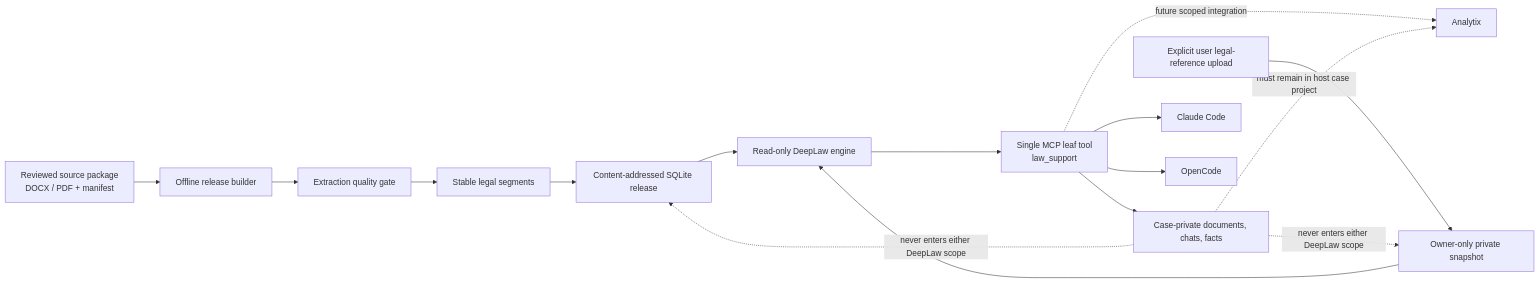
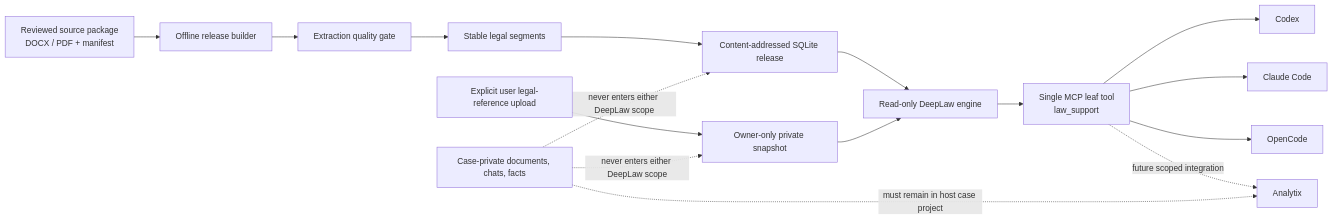
The diagram in docs/ARCHITECTURE.md (Eysn0130/DeepLaw), drawn with Mermaid before and after one commit. The commit also changed other lines of this file and 62 other files, not shown here.

Commit message:
feat(core): ship DeepLaw 2.0 evidence engine (#3)

````diff
--- a/docs/ARCHITECTURE.md
+++ b/docs/ARCHITECTURE.md
@@ -94,19 +94,19 @@
 ```mermaid
 flowchart LR
     S["Reviewed source package\nDOCX / PDF + manifest"] --> B["Offline release builder"]
     B --> Q["Extraction quality gate"]
     Q --> G["Stable legal segments"]
     G --> R["Content-addressed SQLite release"]
     R --> E["Read-only DeepLaw engine"]
     U["Explicit user legal-reference upload"] --> P["Owner-only private snapshot"]
     P --> E
     E --> M["Single MCP leaf tool\nlaw_support"]
-    M --> C["Codex"]
+    M --> CX["Codex"]
     M --> H["Claude Code"]
     M --> O["OpenCode"]
     M -. "future scoped integration" .-> A["Analytix"]
 
-    C["Case-private documents, chats, facts"] -. "must remain in host case project" .-> A
-    C -. "never enters either DeepLaw scope" .-> R
-    C -. "never enters either DeepLaw scope" .-> P
+    CASE["Case-private documents, chats, facts"] -. "must remain in host case project" .-> A
+    CASE -. "never enters either DeepLaw scope" .-> R
+    CASE -. "never enters either DeepLaw scope" .-> P
 ```
````
